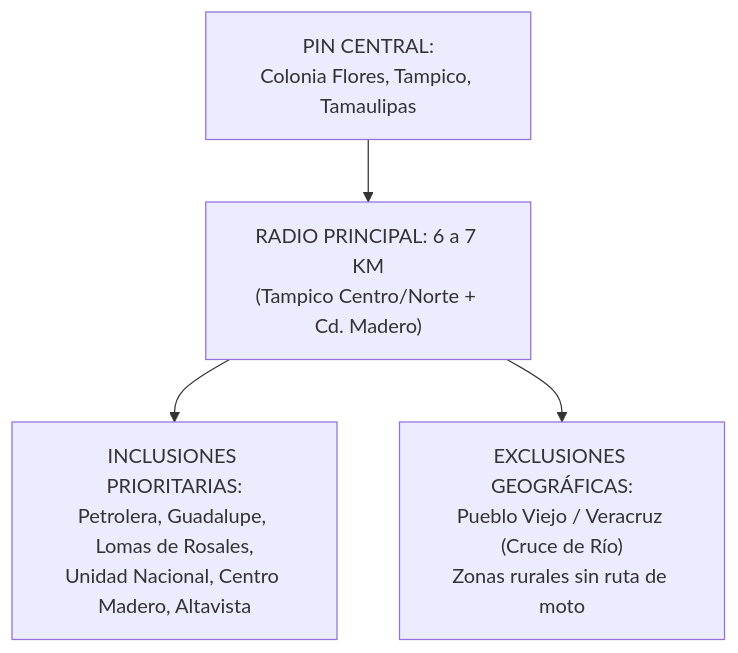
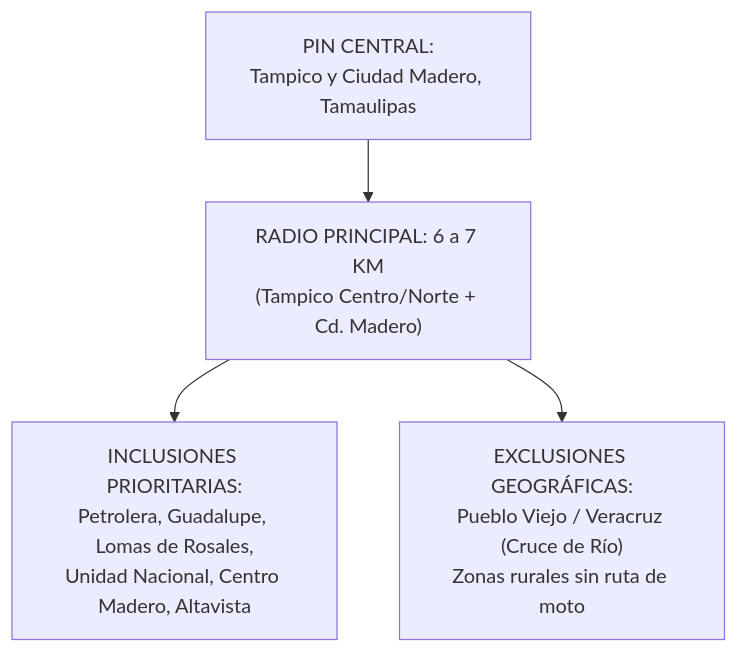
One commit to LaGarzaAguachilera/lagarzaaguachilera.github.io changed the diagram in contenido_redes/04_PLAN_PAUTA_LOCAL_META_ADS.md. Above: the diagram before and after it, drawn with Mermaid. The commit also changed other lines of this file and 165 other files, not shown here.

````diff
--- a/contenido_redes/04_PLAN_PAUTA_LOCAL_META_ADS.md
+++ b/contenido_redes/04_PLAN_PAUTA_LOCAL_META_ADS.md
@@ -52,6 +52,6 @@
 ```mermaid
 flowchart TD
-    A["PIN CENTRAL:<br/>Colonia Flores, Tampico, Tamaulipas"] --> B["RADIO PRINCIPAL: 6 a 7 KM<br/>(Tampico Centro/Norte + Cd. Madero)"]
+    A["PIN CENTRAL:<br/>Tampico y Ciudad Madero, Tamaulipas"] --> B["RADIO PRINCIPAL: 6 a 7 KM<br/>(Tampico Centro/Norte + Cd. Madero)"]
     B --> C["INCLUSIONES PRIORITARIAS:<br/>Petrolera, Guadalupe, Lomas de Rosales,<br/>Unidad Nacional, Centro Madero, Altavista"]
     B --> D["EXCLUSIONES GEOGRÁFICAS:<br/>Pueblo Viejo / Veracruz (Cruce de Río)<br/>Zonas rurales sin ruta de moto"]
 ```
````
